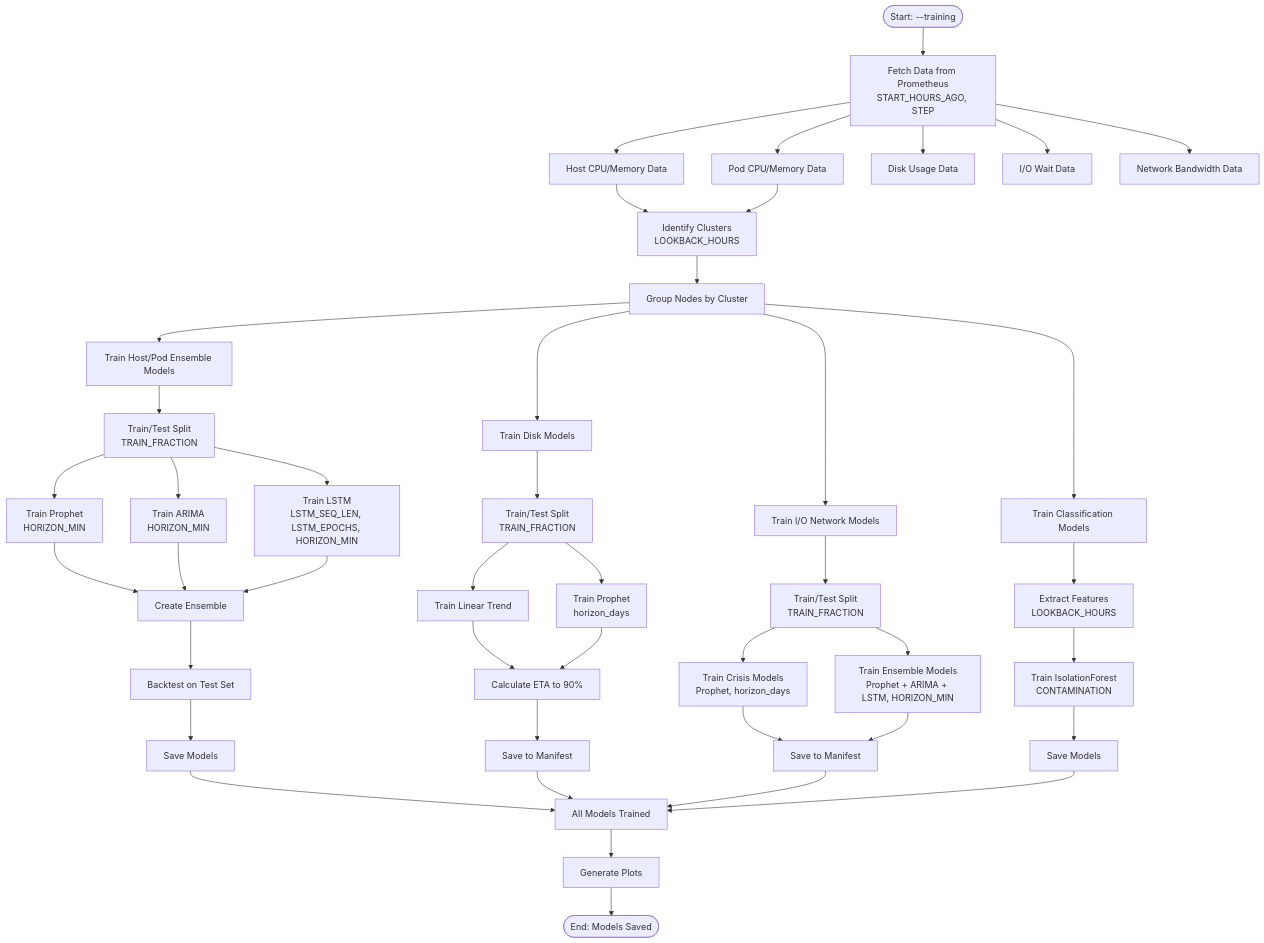
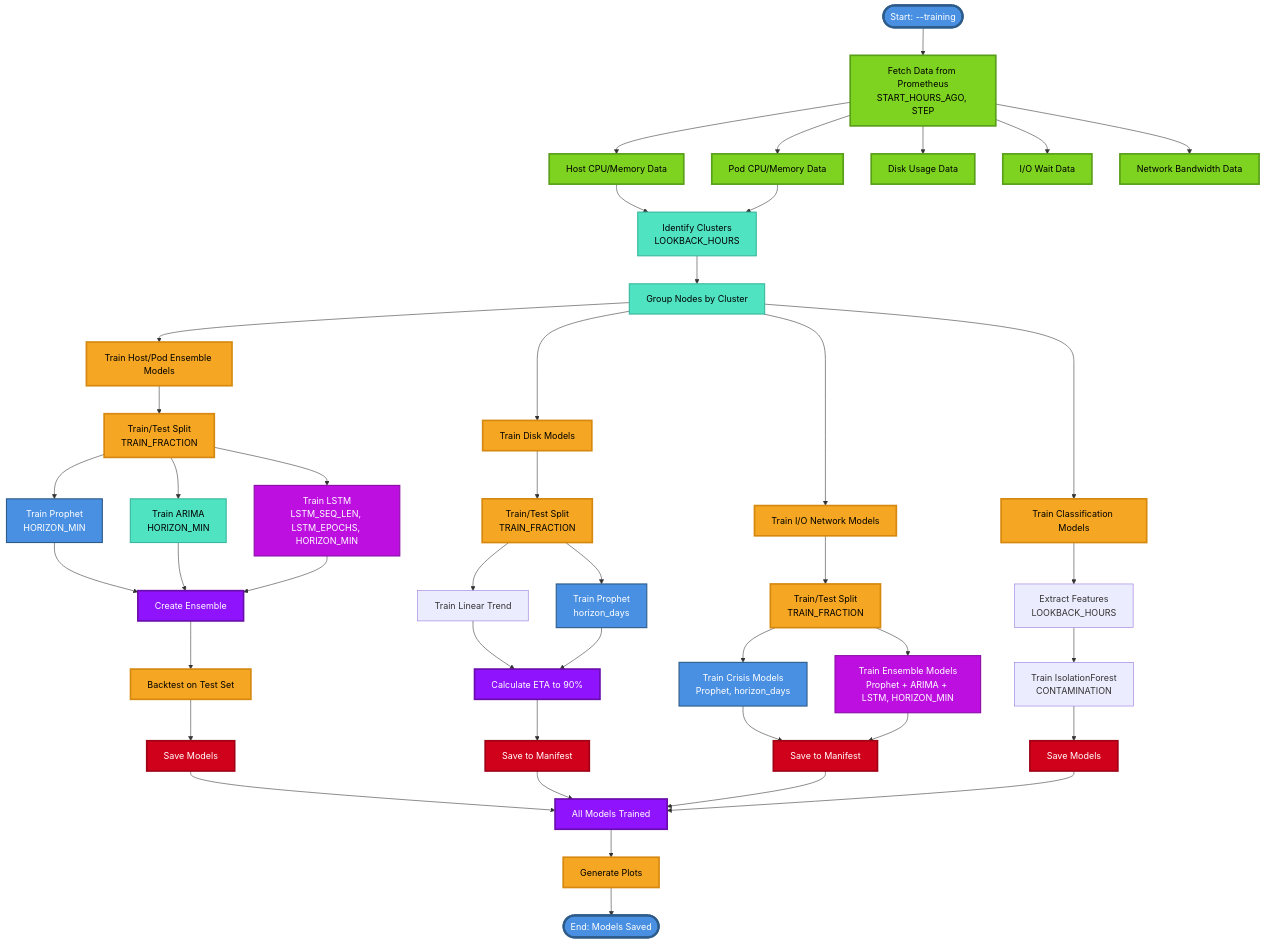
Before and after one commit to k8sautom8/metrics-ml: the third of 11 diagrams in Docs/VISUAL_ARCHITECTURE_GUIDE.md, drawn with Mermaid. The commit also changed other lines of this file, not shown here.

````diff
--- a/Docs/VISUAL_ARCHITECTURE_GUIDE.md
+++ b/Docs/VISUAL_ARCHITECTURE_GUIDE.md
@@ -181,55 +227,77 @@
 ```mermaid
 flowchart TD
     Start([Start: --training]) --> Fetch[Fetch Data from Prometheus<br/>START_HOURS_AGO, STEP]
     
     Fetch --> HostData[Host CPU/Memory Data]
     Fetch --> PodData[Pod CPU/Memory Data]
     Fetch --> DiskData[Disk Usage Data]
     Fetch --> IOData[I/O Wait Data]
     Fetch --> NetData[Network Bandwidth Data]
     
     HostData --> ClusterID[Identify Clusters<br/>LOOKBACK_HOURS]
     PodData --> ClusterID
     
     ClusterID --> GroupNodes[Group Nodes by Cluster]
     
     GroupNodes --> HostPodTrain[Train Host/Pod Ensemble Models]
     GroupNodes --> DiskTrain[Train Disk Models]
     GroupNodes --> IOTrain[Train I/O Network Models]
     GroupNodes --> ClassTrain[Train Classification Models]
     
     HostPodTrain --> HPSplit[Train/Test Split<br/>TRAIN_FRACTION]
     HPSplit --> HPProphet[Train Prophet<br/>HORIZON_MIN]
     HPSplit --> HPARIMA[Train ARIMA<br/>HORIZON_MIN]
     HPSplit --> HPLSTM[Train LSTM<br/>LSTM_SEQ_LEN, LSTM_EPOCHS, HORIZON_MIN]
     HPProphet --> HPEnsemble[Create Ensemble]
     HPARIMA --> HPEnsemble
     HPLSTM --> HPEnsemble
     HPEnsemble --> HPBacktest[Backtest on Test Set]
     HPBacktest --> HPSave[Save Models]
     
     DiskTrain --> DiskSplit[Train/Test Split<br/>TRAIN_FRACTION]
     DiskSplit --> DiskLinear[Train Linear Trend]
     DiskSplit --> DiskProphet[Train Prophet<br/>horizon_days]
     DiskLinear --> DiskETA[Calculate ETA to 90%]
     DiskProphet --> DiskETA
     DiskETA --> DiskSave[Save to Manifest]
     
     IOTrain --> IOSplit[Train/Test Split<br/>TRAIN_FRACTION]
     IOSplit --> IOCrisis[Train Crisis Models<br/>Prophet, horizon_days]
     IOSplit --> IOEnsemble[Train Ensemble Models<br/>Prophet + ARIMA + LSTM, HORIZON_MIN]
     IOCrisis --> IOSave[Save to Manifest]
     IOEnsemble --> IOSave
     
     ClassTrain --> ClassFeat[Extract Features<br/>LOOKBACK_HOURS]
     ClassFeat --> ClassISO[Train IsolationForest<br/>CONTAMINATION]
     ClassISO --> ClassSave[Save Models]
     
     HPSave --> AllDone[All Models Trained]
     DiskSave --> AllDone
     IOSave --> AllDone
     ClassSave --> AllDone
     
     AllDone --> GeneratePlots[Generate Plots]
     GeneratePlots --> End([End: Models Saved])
+    
+    classDef startEnd fill:#4A90E2,stroke:#2E5C8A,stroke-width:4px,color:#fff
+    classDef dataFetch fill:#7ED321,stroke:#5A9F1A,stroke-width:3px,color:#000
+    classDef dataProcess fill:#50E3C2,stroke:#3AB89F,stroke-width:2px,color:#000
+    classDef modelTrain fill:#F5A623,stroke:#D68910,stroke-width:3px,color:#000
+    classDef prophet fill:#4A90E2,stroke:#2E5C8A,stroke-width:2px,color:#fff
+    classDef arima fill:#50E3C2,stroke:#3AB89F,stroke-width:2px,color:#000
+    classDef lstm fill:#BD10E0,stroke:#8B0DA8,stroke-width:2px,color:#fff
+    classDef ensemble fill:#9013FE,stroke:#6A0DAD,stroke-width:3px,color:#fff
+    classDef save fill:#D0021B,stroke:#A00115,stroke-width:3px,color:#fff
+    classDef output fill:#F5A623,stroke:#D68910,stroke-width:3px,color:#000
+    
+    class Start,End startEnd
+    class Fetch,HostData,PodData,DiskData,IOData,NetData dataFetch
+    class ClusterID,GroupNodes dataProcess
+    class HostPodTrain,DiskTrain,IOTrain,ClassTrain,HPSplit,DiskSplit,IOSplit modelTrain
+    class HPProphet,DiskProphet,IOCrisis prophet
+    class HPARIMA arima
+    class HPLSTM,IOEnsemble lstm
+    class HPEnsemble,DiskETA,AllDone ensemble
+    class HPSave,DiskSave,IOSave,ClassSave save
+    class HPBacktest,GeneratePlots output
 ```
````
